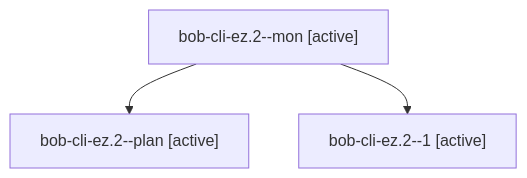
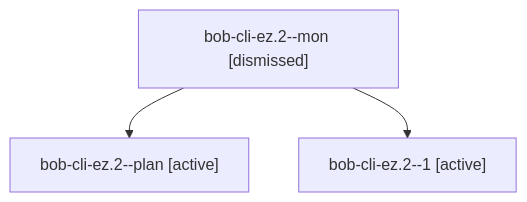
The diagram in sessions/bbugyi200.apollo.bob-cli-ez.2.md (bobs-org/bob-cli--agents), drawn with Mermaid before and after one commit. The commit also changed other lines of this file and 240 other files, not shown here.

````diff
--- a/sessions/bbugyi200.apollo.bob-cli-ez.2.md
+++ b/sessions/bbugyi200.apollo.bob-cli-ez.2.md
@@ -9,8 +9,8 @@
 ```mermaid
 flowchart TD
-  n0["bob-cli-ez.2--mon [active]"]
+  n0["bob-cli-ez.2--mon [dismissed]"]
   n1["bob-cli-ez.2--plan [active]"]
   n0 --> n1
   n2["bob-cli-ez.2--1 [active]"]
   n0 --> n2
 ```
````
